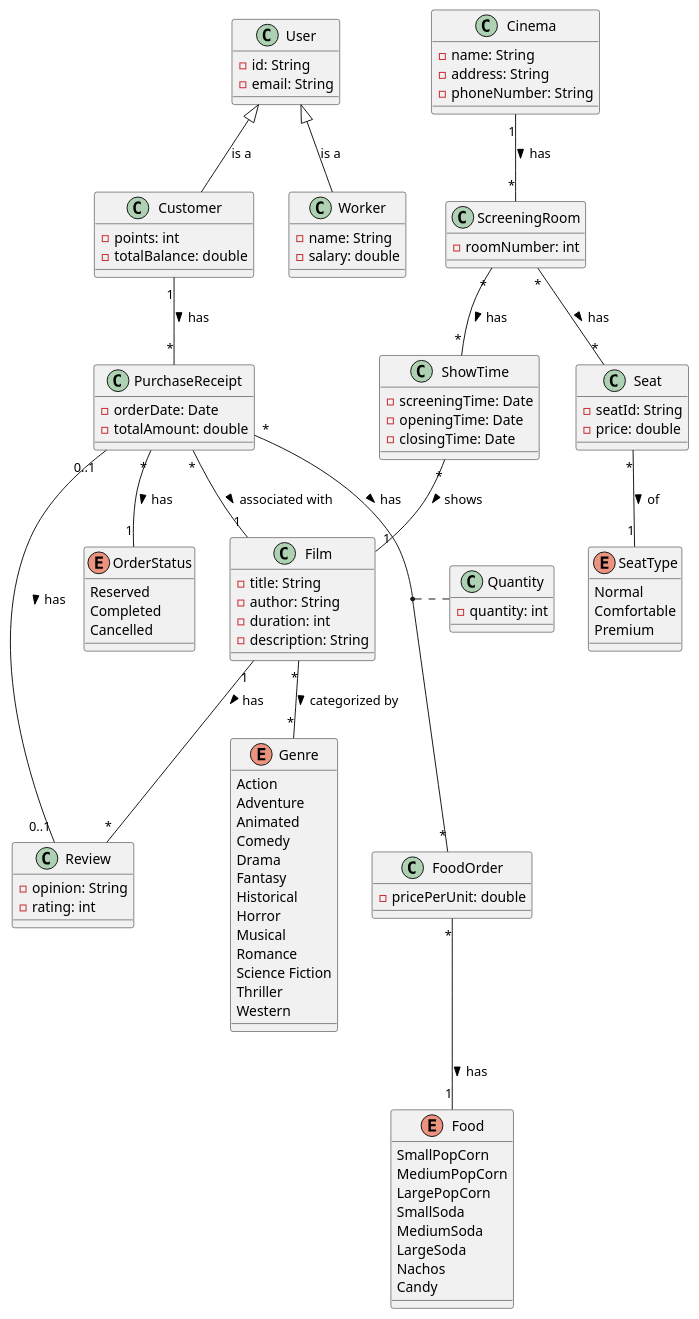
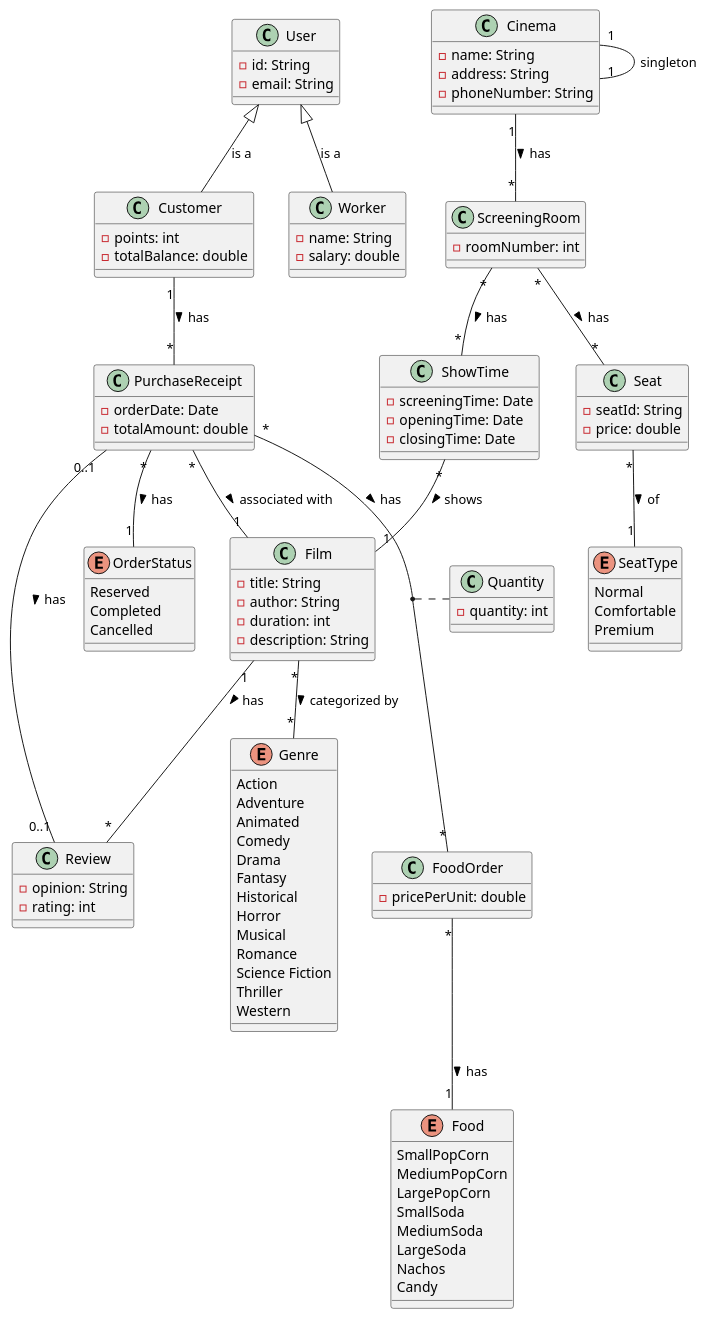
One commit to BenatErzibengoa/Cinema-app changed the diagram in DomainModel(Uncompleted Draft).puml. Above: the diagram before and after it, drawn with PlantUML.

Commit message:
Update and finish Domain Model

```diff
--- a/DomainModel(Uncompleted Draft).puml
+++ b/DomainModel(Uncompleted Draft).puml
@@ -2,123 +2,124 @@
 @startuml
 class User{
   -id: String
   -email: String
 
 }
 
 class Customer{
   -points: int
   -totalBalance: double
 }
 
 class Worker{
     -name: String
     -salary: double
 }
 
 class Cinema{
     -name: String
     -address: String
     -phoneNumber: String
 }
 
 class PurchaseReceipt{
   -orderDate: Date
   -totalAmount: double
 }
 
 class FoodOrder{
   -pricePerUnit: double
 }
 
 class ScreeningRoom{
   -roomNumber: int
 }
 
 class ShowTime{
   -screeningTime: Date
   -openingTime: Date
   -closingTime: Date
 }
 
 class Film{
   -title: String
   -author: String
   -duration: int
   -description: String
 }
 
 class Review{
   -opinion: String
   -rating: int
 }
 
 class Seat{
   -seatId: String
   -price: double
 }
 
 class Quantity{
   -quantity: int
 }
 
 enum Genre{
   Action
   Adventure
   Animated
   Comedy
   Drama
   Fantasy
   Historical
   Horror
   Musical
   Romance
   Science Fiction
   Thriller
   Western
 }
 
 enum OrderStatus{
   Reserved
   Completed
   Cancelled
 }
 
 enum Food{
   SmallPopCorn
   MediumPopCorn
   LargePopCorn
   SmallSoda
   MediumSoda
   LargeSoda
   Nachos
   Candy
 }
 
 enum SeatType{
   Normal
   Comfortable
   Premium
 }
 
 User <|-- Customer: is a
 User <|-- Worker: is a
 Customer "1" -- "*" PurchaseReceipt: has >
 Cinema "1" -- "*" ScreeningRoom: has >
+Cinema "1" -- "1" Cinema: singleton
 
 ScreeningRoom "*" -- "*" ShowTime: has >
 ScreeningRoom "*" -- "*" Seat: has >
 
 Seat "*" -- "1" SeatType: of >
 ShowTime "*" -- "1" Film: shows >
 Film "1" -- "*" Review: has >
 Film "*" -- "*" Genre : categorized by >
 
 PurchaseReceipt "0..1" -- "0..1" Review: has >
 PurchaseReceipt "*" -- "1" Film: associated with >
 PurchaseReceipt "*" -- "1" OrderStatus : has >
 PurchaseReceipt "*" -- "*" FoodOrder: has >
 
 FoodOrder "*" -- "1" Food: has >
 (PurchaseReceipt, FoodOrder) .. Quantity
 @enduml
```
